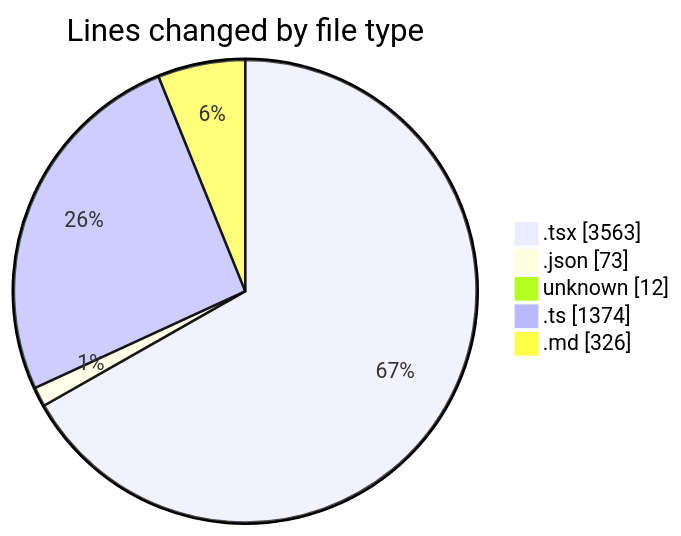
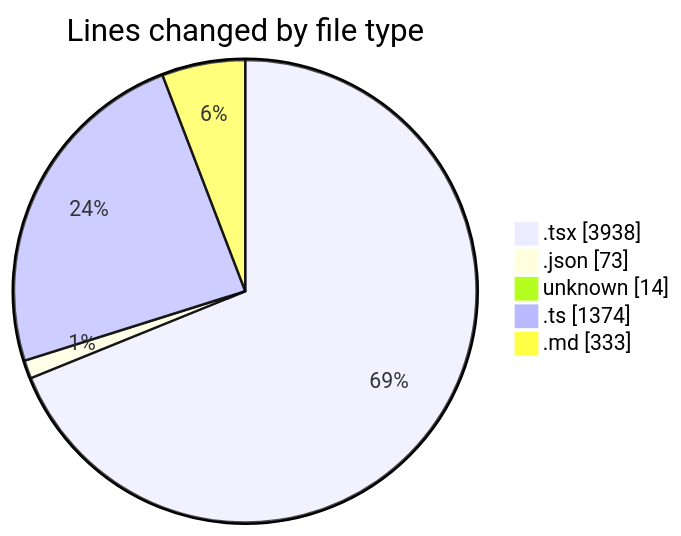
Before and after one commit to ernivani/code-tracking: the first of 2 diagrams in 2025-01-03/tinycms/README.md, drawn with Mermaid. The commit also changed other lines of this file and 2 other files, not shown here.

````diff
--- a/2025-01-03/tinycms/README.md
+++ b/2025-01-03/tinycms/README.md
@@ -42,9 +43,9 @@
 ```mermaid
 pie showData
 title Lines changed by file type
-".tsx" : 3563
+".tsx" : 3938
 ".json" : 73
-"unknown" : 12
+"unknown" : 14
 ".ts" : 1374
-".md" : 326
+".md" : 333
 ```
````
